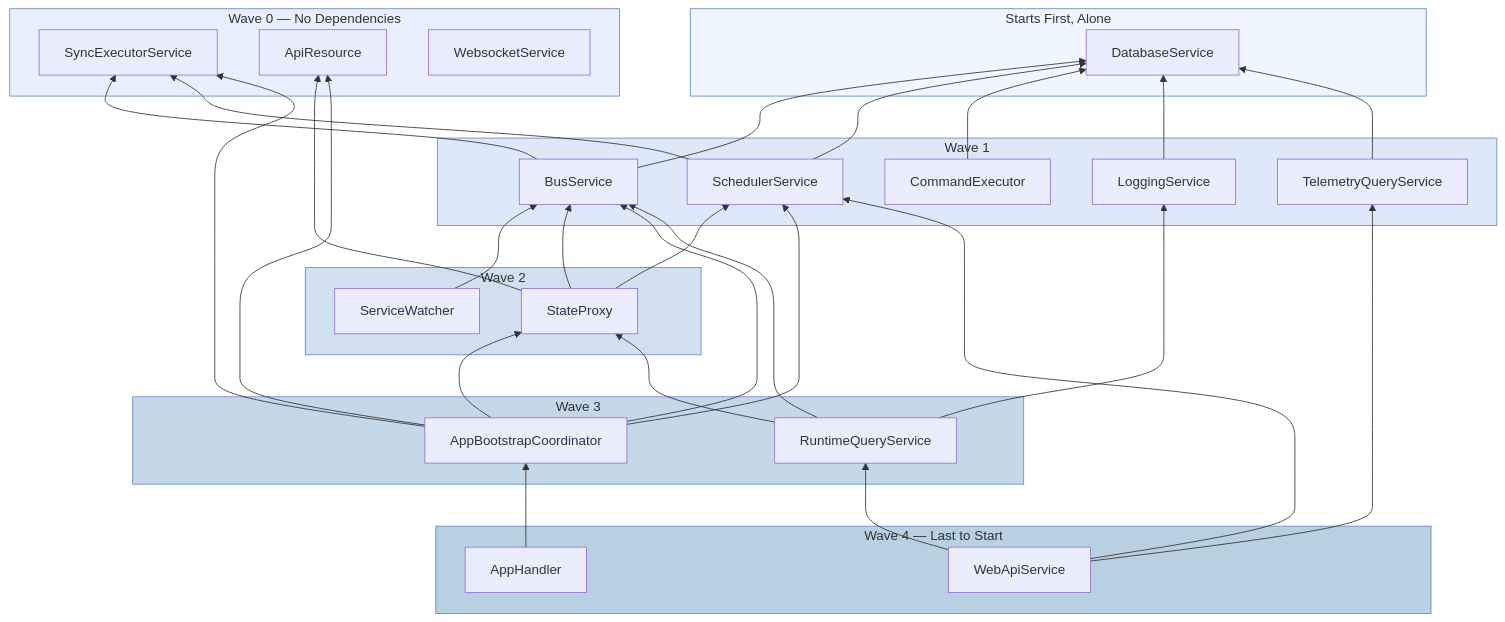
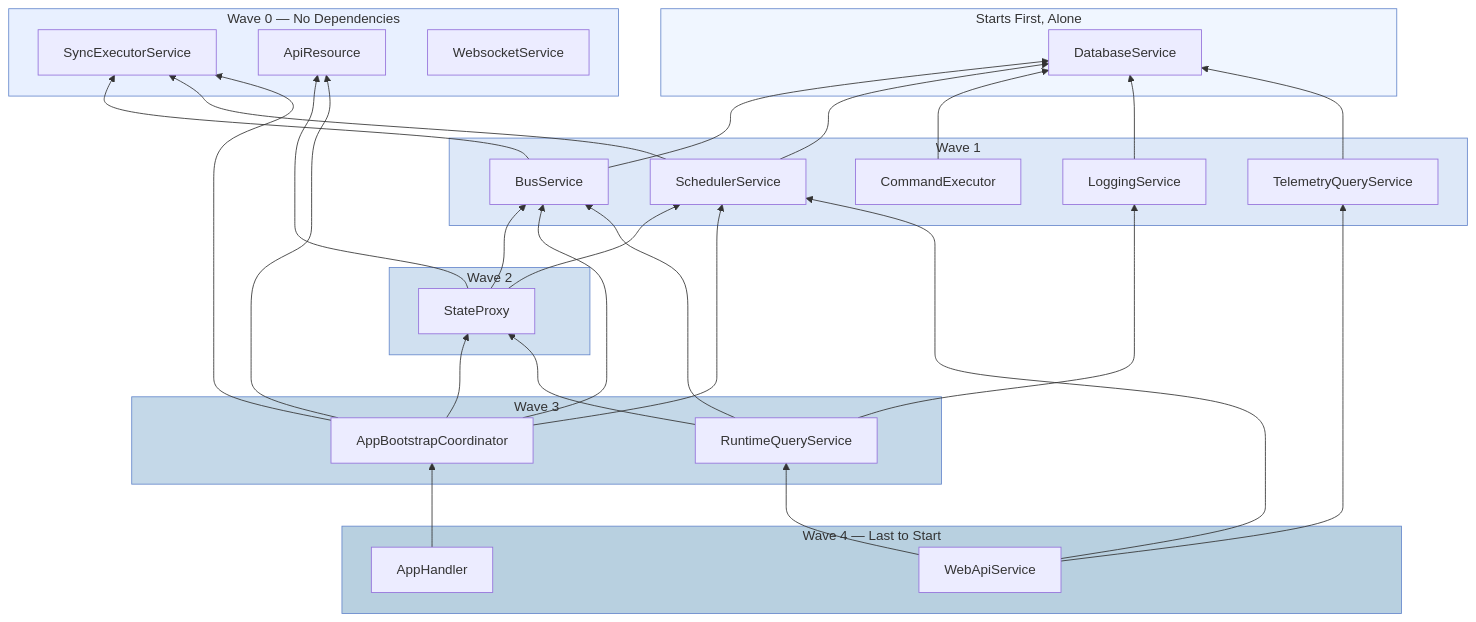
The second of 3 diagrams in docs/pages/core-concepts/internals/index.md (NodeJSmith/hassette), drawn with Mermaid before and after one commit. The commit also changed other lines of this file and 145 other files, not shown here.

````diff
--- a/docs/pages/core-concepts/internals/index.md
+++ b/docs/pages/core-concepts/internals/index.md
@@ -99,57 +99,55 @@
 ```mermaid
 graph BT
     accTitle: Service Dependency Graph
     accDescr: Wave-based startup order, DatabaseService alone at the top, then wave 0
 
     subgraph dbwave["Starts First, Alone"]
         DB[DatabaseService]
     end
 
     subgraph wave0["Wave 0 — No Dependencies"]
         SYNC[SyncExecutorService]
         API[ApiResource]
         WS[WebsocketService]
     end
 
     subgraph wave1["Wave 1"]
         BUS[BusService]
         SCHED[SchedulerService]
         CMD[CommandExecutor]
         LOG[LoggingService]
         TQS[TelemetryQueryService]
     end
 
     subgraph wave2["Wave 2"]
         SP[StateProxy]
-        SW[ServiceWatcher]
     end
 
     subgraph wave3["Wave 3"]
         ABC[AppBootstrapCoordinator]
         RQS[RuntimeQueryService]
     end
 
     subgraph wave4["Wave 4 — Last to Start"]
         AH[AppHandler]
         WEB[WebApiService]
     end
 
     BUS --> DB & SYNC
     SCHED --> DB & SYNC
     CMD --> DB
     LOG --> DB
     TQS --> DB
-    SW --> BUS
     SP --> API & BUS & SCHED
     ABC --> API & BUS & SCHED & SP & SYNC
     RQS --> BUS & SP & LOG
     AH --> ABC
     WEB --> RQS & TQS & SCHED
 
     style dbwave fill:#f0f6ff,stroke:#6688cc
     style wave0 fill:#e8f0ff,stroke:#6688cc
     style wave1 fill:#dde8f8,stroke:#6688cc
     style wave2 fill:#d0e0f0,stroke:#6688cc
     style wave3 fill:#c4d8e8,stroke:#6688cc
     style wave4 fill:#b8d0e0,stroke:#6688cc
 ```
````
